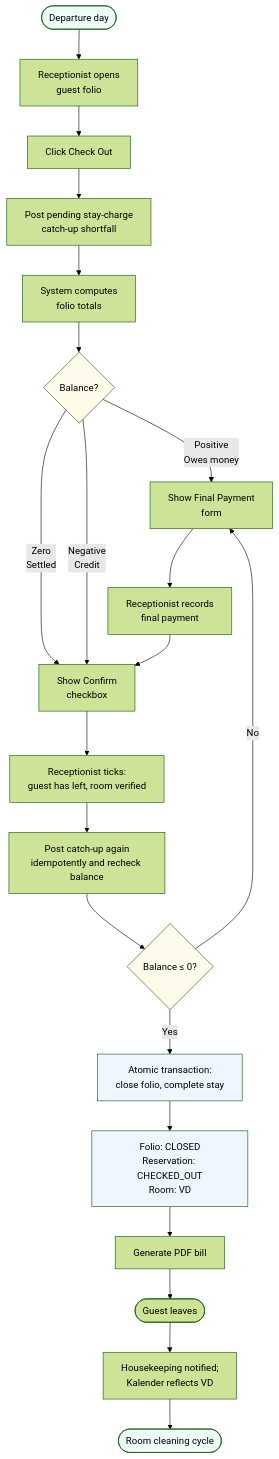
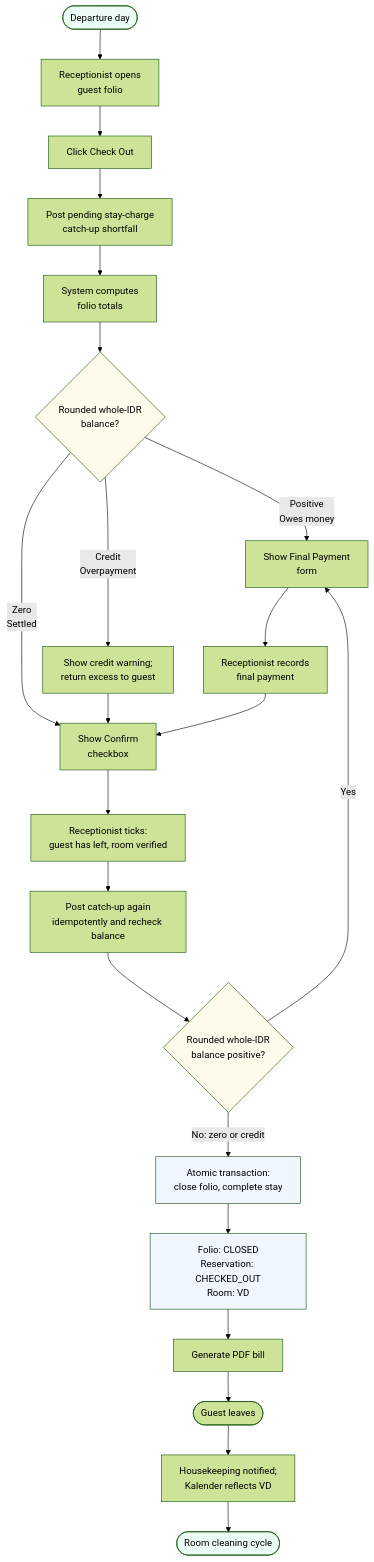
Before and after one commit to nurmareko/zadd-hotel-pms: the fifth of 9 diagrams in docs/business_process_mvp.md, drawn with Mermaid (forest theme). The commit also changed other lines of this file and 9 other files, not shown here.

````diff
--- a/docs/business_process_mvp.md
+++ b/docs/business_process_mvp.md
@@ -153,33 +153,34 @@
 ```mermaid
 flowchart TD
     A([Departure day]) --> B[Receptionist opens<br/>guest folio]
     B --> C[Click Check Out]
     C --> D[Post pending stay-charge<br/>catch-up shortfall]
     D --> E[System computes<br/>folio totals]
-    E --> F{Balance?}
+    E --> F{Rounded whole-IDR<br/>balance?}
 
     F -->|Positive<br/>Owes money| G[Show Final Payment<br/>form]
     F -->|Zero<br/>Settled| I[Show Confirm<br/>checkbox]
-    F -->|Negative<br/>Credit| I
+    F -->|Credit<br/>Overpayment| C1[Show credit warning;<br/>return excess to guest]
+    C1 --> I
 
     G --> H[Receptionist records<br/>final payment]
     H --> I
 
     I --> J[Receptionist ticks:<br/>guest has left, room verified]
     J --> K[Post catch-up again<br/>idempotently and recheck balance]
-    K --> L{Balance ≤ 0?}
-    L -->|No| G
-    L -->|Yes| M[Atomic transaction:<br/>close folio, complete stay]
+    K --> L{Rounded whole-IDR<br/>balance positive?}
+    L -->|Yes| G
+    L -->|No: zero or credit| M[Atomic transaction:<br/>close folio, complete stay]
     M --> N[Folio: CLOSED<br/>Reservation: CHECKED_OUT<br/>Room: VD]
     N --> O[Generate PDF bill]
     O --> P([Guest leaves])
     P --> Q[Housekeeping notified;<br/>Kalender reflects VD]
     Q --> R([Room cleaning cycle])
 
     style A fill:#ecfdf5
     style F fill:#fffbeb
     style L fill:#fffbeb
     style M fill:#eff6ff
     style N fill:#eff6ff
     style R fill:#ecfdf5
 ```
````
